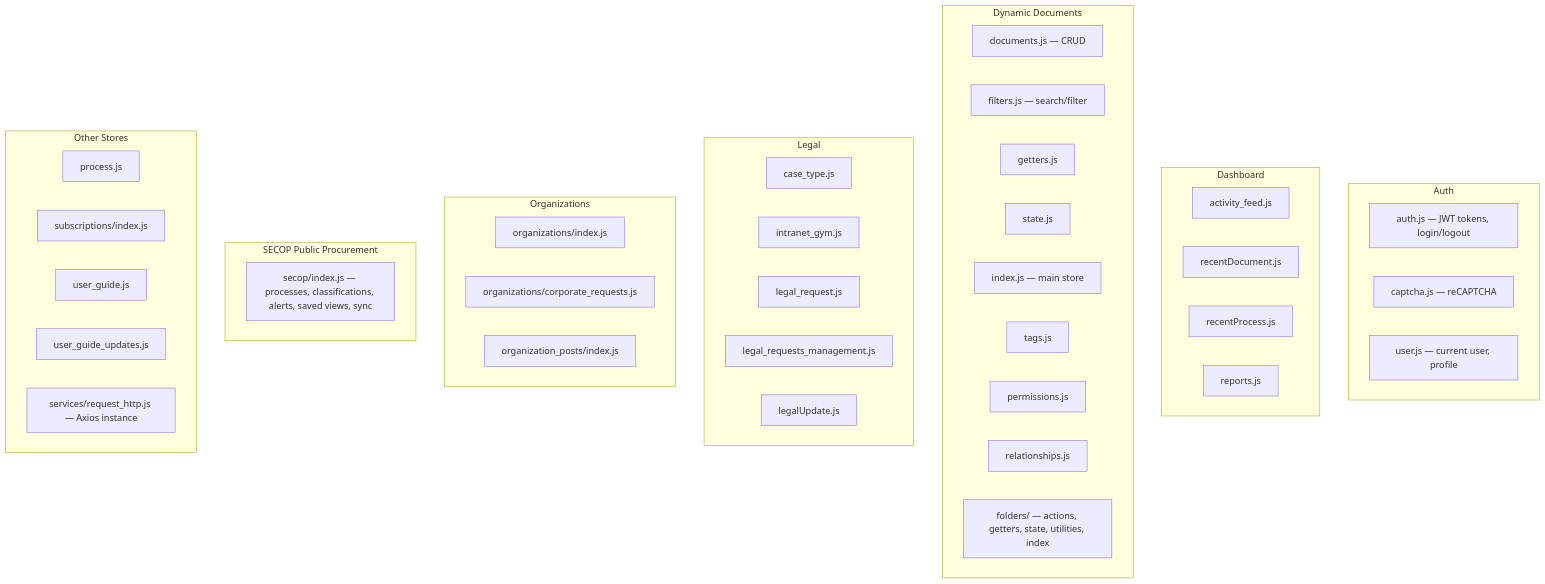
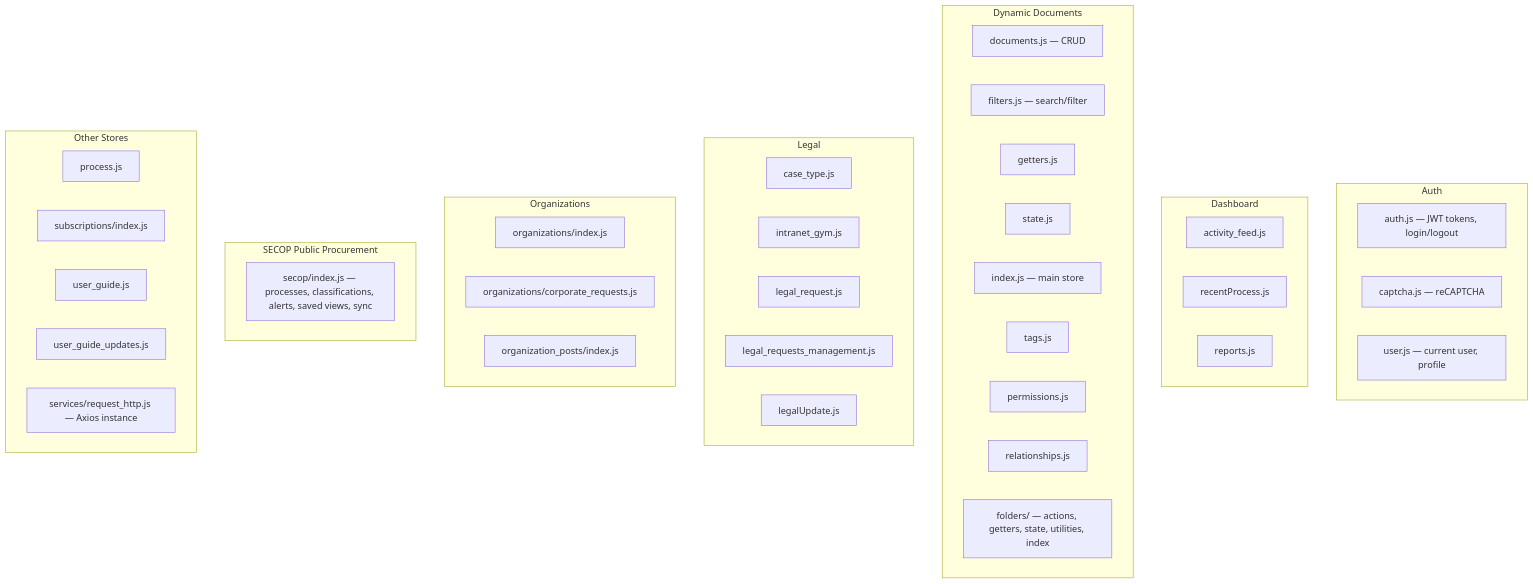
The seventh of 8 diagrams in docs/methodology/architecture.md (carlos18bp/gym_project), drawn with Mermaid before and after one commit. The commit also changed 6 other files, not shown here.

````diff
--- a/docs/methodology/architecture.md
+++ b/docs/methodology/architecture.md
@@ -482,53 +482,52 @@
 ```mermaid
 flowchart TD
     subgraph AuthStores["Auth"]
         AS["auth.js — JWT tokens, login/logout"]
         CS["captcha.js — reCAPTCHA"]
         US["user.js — current user, profile"]
     end
 
     subgraph DashStores["Dashboard"]
         AF["activity_feed.js"]
-        RD["recentDocument.js"]
         RP["recentProcess.js"]
         RE["reports.js"]
     end
 
     subgraph DocStores["Dynamic Documents"]
         DD["documents.js — CRUD"]
         DF["filters.js — search/filter"]
         DG["getters.js"]
         DS["state.js"]
         DI["index.js — main store"]
         DT["tags.js"]
         DP["permissions.js"]
         DR["relationships.js"]
         FF["folders/ — actions, getters, state, utilities, index"]
     end
 
     subgraph LegalStores["Legal"]
         CT["case_type.js"]
         IG["intranet_gym.js"]
         LR["legal_request.js"]
         LRM["legal_requests_management.js"]
         LU["legalUpdate.js"]
     end
 
     subgraph OrgStores["Organizations"]
         OI["organizations/index.js"]
         OCR["organizations/corporate_requests.js"]
         OP["organization_posts/index.js"]
     end
 
     subgraph SecopStores["SECOP Public Procurement"]
         SC["secop/index.js — processes, classifications, alerts, saved views, sync"]
     end
 
     subgraph Other["Other Stores"]
         PR["process.js"]
         SUB["subscriptions/index.js"]
         UG["user_guide.js"]
         UGU["user_guide_updates.js"]
         RH["services/request_http.js — Axios instance"]
     end
 ```
````
